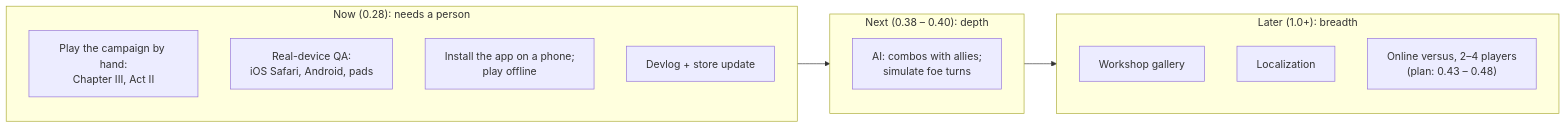
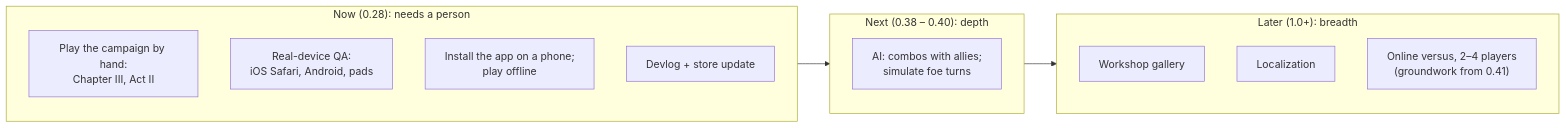
Before and after one commit to CptNope/Chess-RPG-Tactics: the second of 4 diagrams in docs/ROADMAP.md, drawn with Mermaid. The commit also changed other lines of this file and 1 other file, not shown here.

Commit message:
Plan: versus later, rules fully configurable
- Versus is unscheduled; code groundwork in two parts (0.41, then G2)
- Every match setting is part of a shareable rule set: seats, alliances,
  friendly fire, handicaps, team sources, budgets, bans, victory
  conditions (incl. Leader), round cap, clocks, disconnects

Claude-Session: https://claude.ai/code/session_01WcBCuNxp6LsCfQKFRAkXjh

````diff
--- a/docs/ROADMAP.md
+++ b/docs/ROADMAP.md
@@ -113,21 +113,21 @@
 ```mermaid
 flowchart LR
     subgraph NOW["Now (0.28): needs a person"]
         direction TB
         N1["Play the campaign by hand:<br/>Chapter III, Act II"]
         N2["Real-device QA:<br/>iOS Safari, Android, pads"]
         N3["Install the app on a phone;<br/>play offline"]
         N4["Devlog + store update"]
     end
     subgraph NEXT["Next (0.38 – 0.40): depth"]
         direction TB
         X1["AI: combos with allies;<br/>simulate foe turns"]
     end
     subgraph LATER["Later (1.0+): breadth"]
         direction TB
         L4["Workshop gallery"]
         L6["Localization"]
-        L7["Online versus, 2–4 players<br/>(plan: 0.43 – 0.48)"]
+        L7["Online versus, 2–4 players<br/>(groundwork from 0.41)"]
     end
     NOW --> NEXT --> LATER
 ```
````
